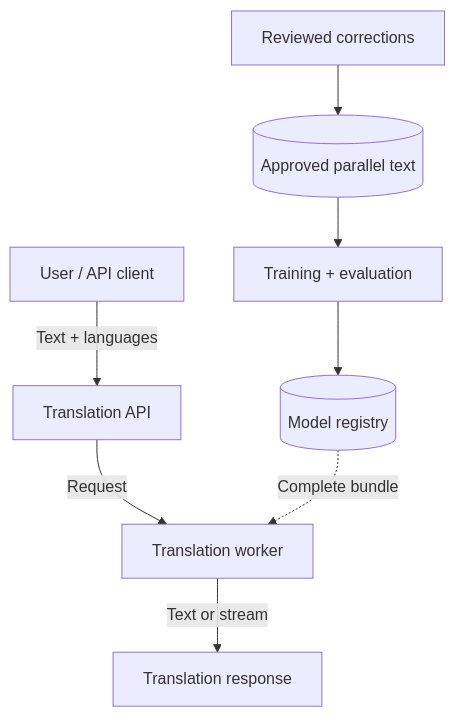
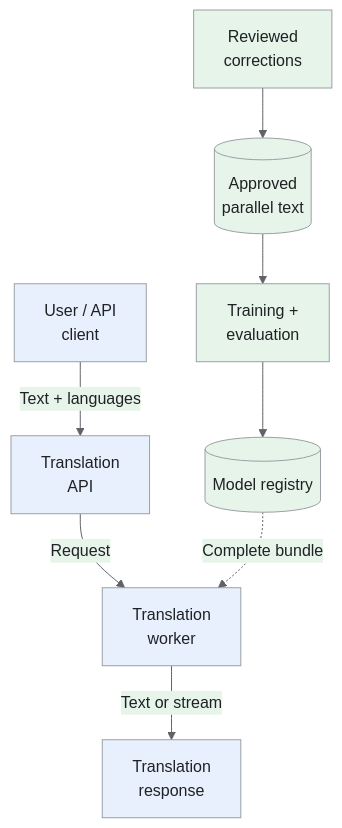
One commit to iliazlobin/iliazlobin.github.io changed the first of 5 diagrams in _designs/ml-system-design-machine-translation.md. Above: the diagram before and after it, drawn with Mermaid. The commit also changed other lines of this file and 131 other files, not shown here.

````diff
--- a/_designs/ml-system-design-machine-translation.md
+++ b/_designs/ml-system-design-machine-translation.md
@@ -133,10 +133,17 @@
 ```mermaid
+%%{init: {'theme':'base','themeVariables':{'primaryColor':'#e8f0fe','primaryTextColor':'#202124','primaryBorderColor':'#9aa0a6','lineColor':'#5f6368','secondaryColor':'#e6f4ea','tertiaryColor':'#fef7e0','actorBkg':'#e8f0fe','actorBorder':'#9aa0a6','actorTextColor':'#202124','noteBkgColor':'#fef7e0','noteTextColor':'#202124','noteBorderColor':'#9aa0a6','signalColor':'#5f6368','signalTextColor':'#202124','labelBoxBkgColor':'#fef7e0','labelBoxBorderColor':'#9aa0a6'}}}%%
 flowchart TB
-  U["User / API client"] -->|"Text + languages"| API["Translation API"]
-  API -->|"Request"| WORKER["Translation worker"]
-  WORKER -->|"Text or stream"| RESULT["Translation response"]
-  CORPUS[("Approved parallel text")] --> TRAIN["Training + evaluation"]
+  U["User / API<br>client"] -->|"Text + languages"| API["Translation<br>API"]
+  API -->|"Request"| WORKER["Translation<br>worker"]
+  WORKER -->|"Text or stream"| RESULT["Translation<br>response"]
+  CORPUS[("Approved<br>parallel text")] --> TRAIN["Training +<br>evaluation"]
   TRAIN --> REG[("Model registry")]
   REG -.->|"Complete bundle"| WORKER
-  FEEDBACK["Reviewed corrections"] --> CORPUS
+  FEEDBACK["Reviewed<br>corrections"] --> CORPUS
+classDef request fill:#e8f0fe,stroke:#9aa0a6,color:#202124;
+classDef data fill:#e6f4ea,stroke:#9aa0a6,color:#202124;
+classDef control fill:#fef7e0,stroke:#9aa0a6,color:#202124;
+class U,API,WORKER,RESULT request;
+class CORPUS,TRAIN,REG,FEEDBACK data;
+
 ```
````
